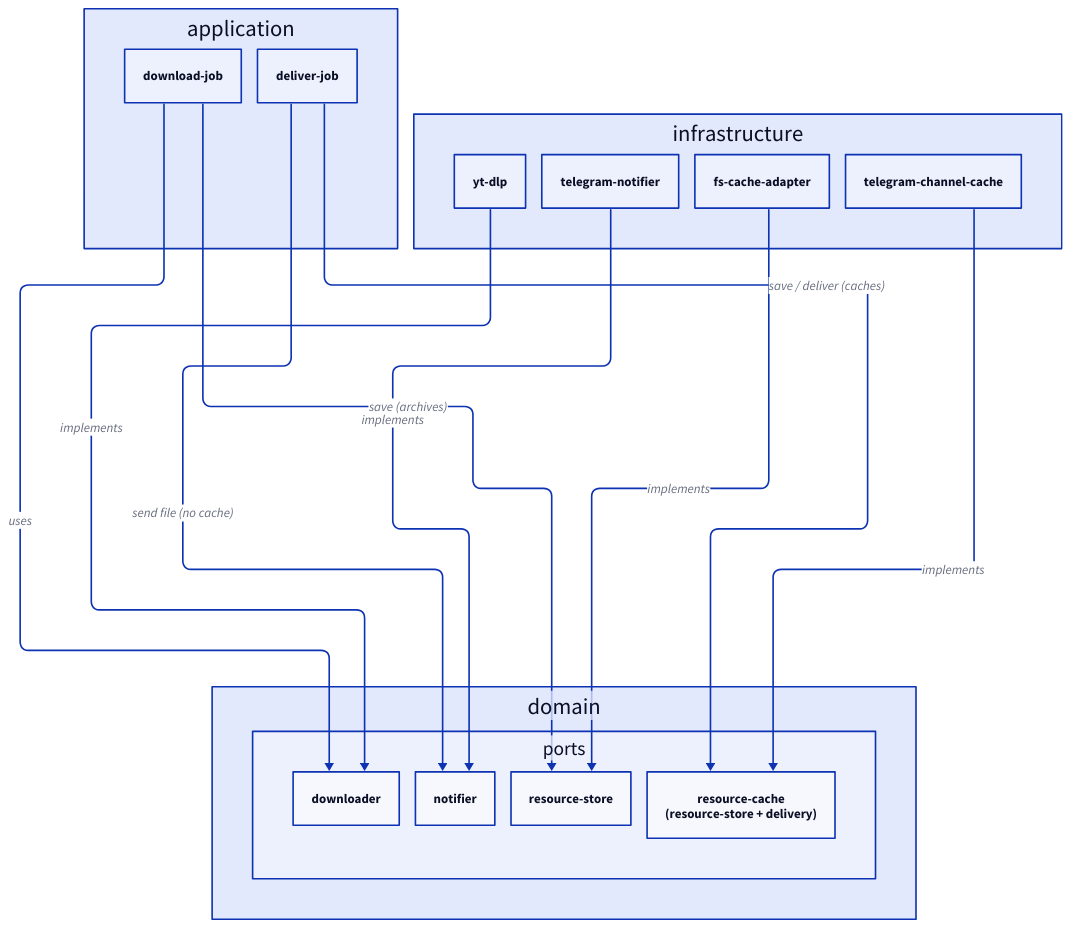
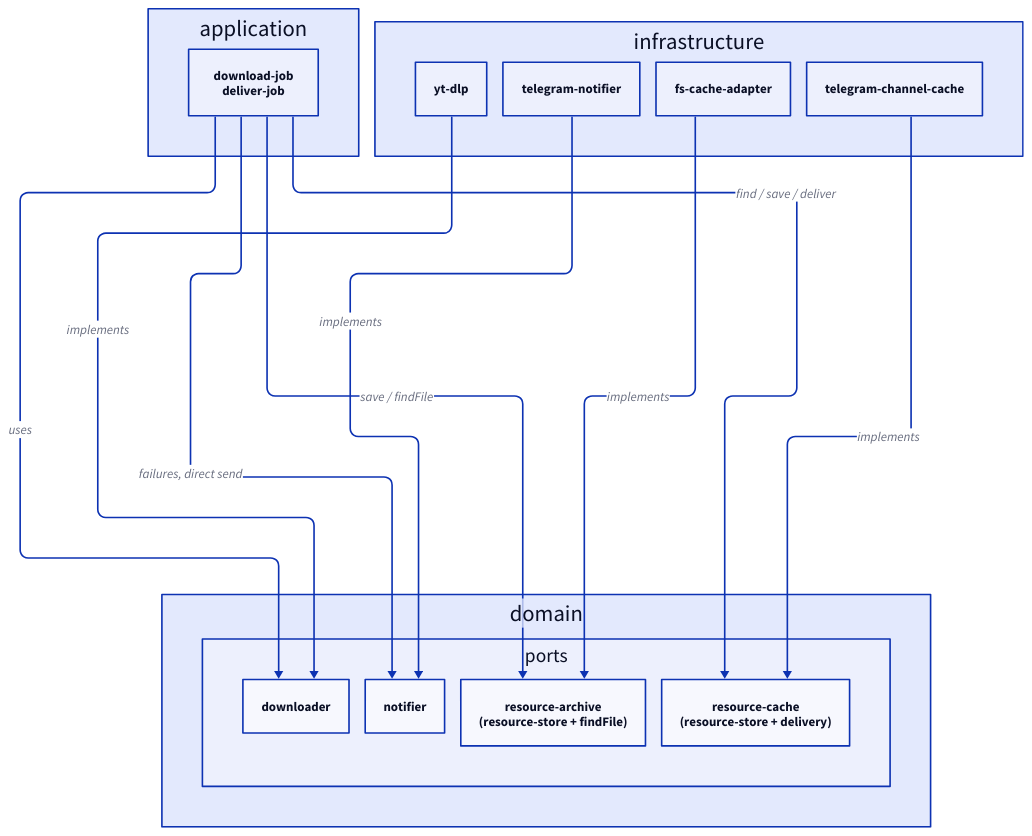
Before and after one commit to iwwwanow/kanalveschaniya: the diagram in docs/diagrams/core.infrastructure.ports.d2, drawn with D2. The commit also changed 1 other file, not shown here.

Commit message:
docs(diagrams): show ResourceArchivePort and align the ports diagram with the code
fs-cache-adapter implements ResourceArchivePort (resource-store + findFile),
not the plain store; core.d2 gets the port, the ports diagram merges the two job
stages into one node (like the telegram diagram) and labels what they use.

```diff
--- a/docs/diagrams/core.infrastructure.ports.d2
+++ b/docs/diagrams/core.infrastructure.ports.d2
@@ -1,41 +1,38 @@
 vars: {
   d2-config: {
     layout-engine: elk
   }
 }
 
 direction: down
 
 # Вопрос диаграммы: какая часть infrastructure подключена к какому порту домена.
-# (Что вызывает порты — два этапа задачи: download-job и deliver-job; связку делает main.ts.)
+# (Порты вызывают два этапа задачи, download-job и deliver-job; связку делает main.ts.)
 
-application: {
-  download-job
-  deliver-job
-}
+application.jobs: "download-job\ndeliver-job"
 
 domain: {
   ports: {
     downloader
     notifier
-    resource-store
+    resource-archive: "resource-archive\n(resource-store + findFile)"
     resource-cache: "resource-cache\n(resource-store + delivery)"
   }
 }
 
 infrastructure: {
   yt-dlp
   telegram-notifier
   fs-cache-adapter
   telegram-channel-cache
 }
 
-application.download-job -> domain.ports.downloader: uses
-application.download-job -> domain.ports.resource-store: "save (archives)"
-application.deliver-job -> domain.ports.resource-cache: "save / deliver (caches)"
-application.deliver-job -> domain.ports.notifier: "send file (no cache)"
+application.jobs -> domain.ports.downloader: uses
+application.jobs -> domain.ports.resource-archive: "save / findFile"
+application.jobs -> domain.ports.resource-cache: "find / save / deliver"
+application.jobs -> domain.ports.notifier: "failures, direct send"
 
 infrastructure.yt-dlp -> domain.ports.downloader: implements
 infrastructure.telegram-notifier -> domain.ports.notifier: implements
-infrastructure.fs-cache-adapter -> domain.ports.resource-store: implements
+infrastructure.fs-cache-adapter -> domain.ports.resource-archive: implements
 infrastructure.telegram-channel-cache -> domain.ports.resource-cache: implements
```
